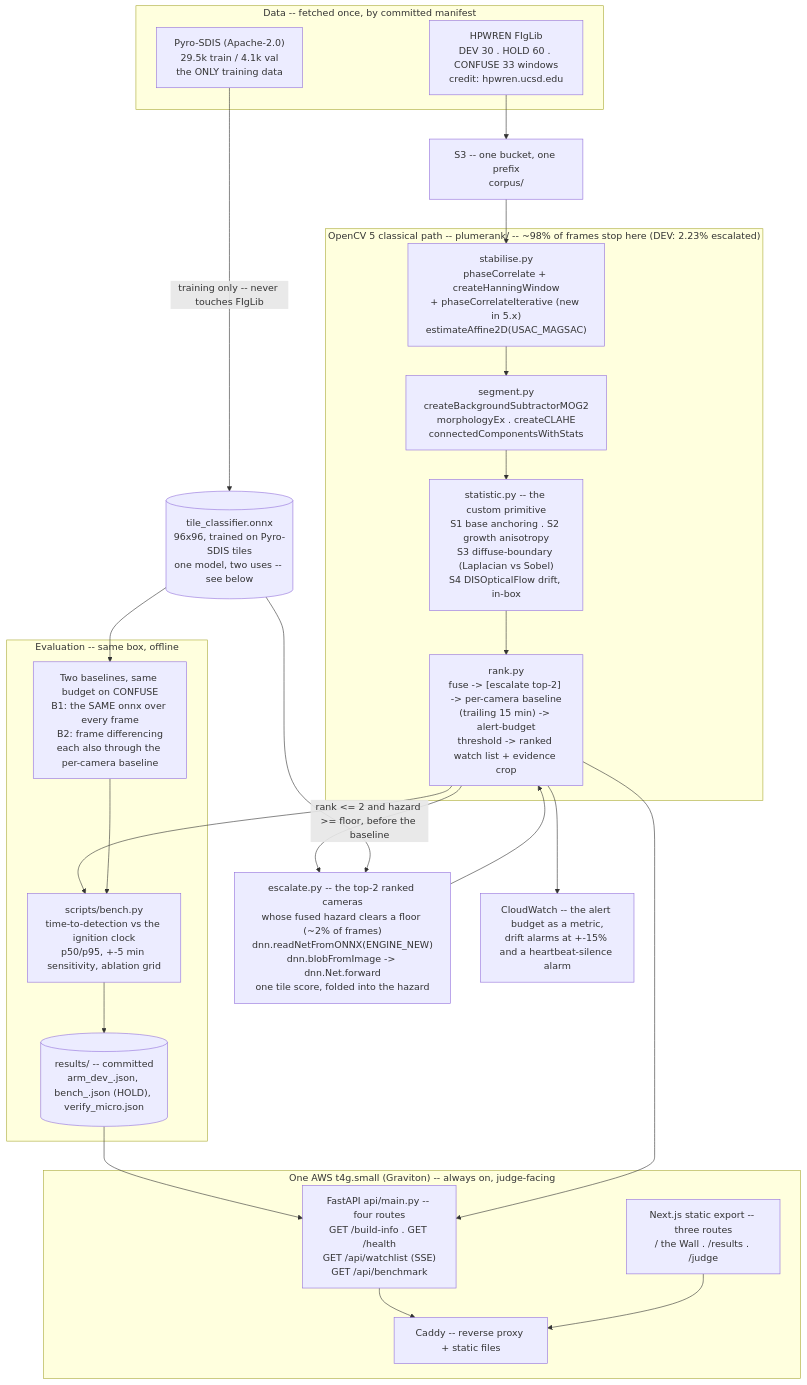
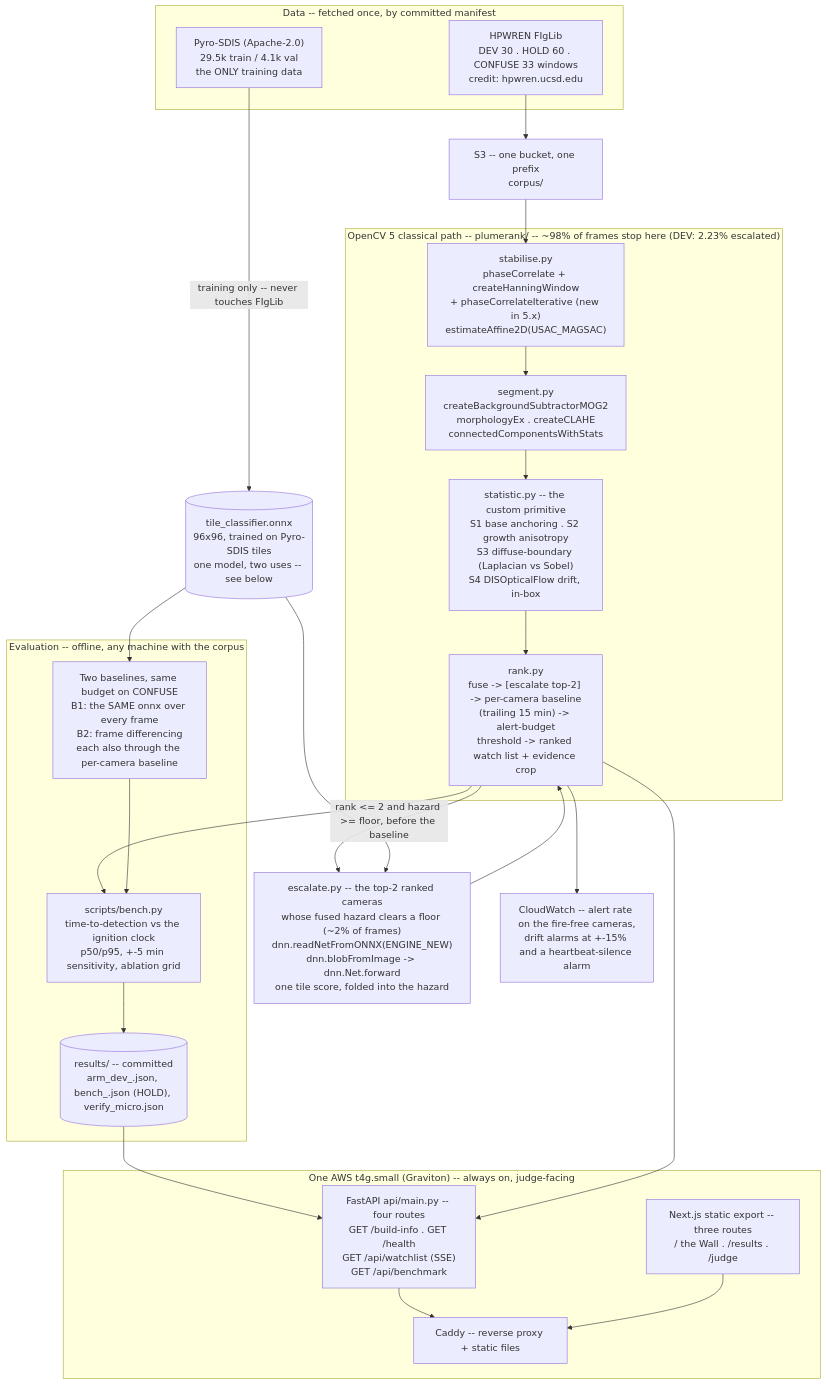
The diagram in ARCHITECTURE.md (attilayener/plumerank), drawn with Mermaid before and after one commit. The commit also changed other lines of this file and 7 other files, not shown here.

First line of the commit message:
docs: audit round 2 -- unit definition, drift metric, architecture order, honest testing

````diff
--- a/ARCHITECTURE.md
+++ b/ARCHITECTURE.md
@@ -6,46 +6,46 @@
 ```mermaid
 flowchart TB
     subgraph SRC["Data -- fetched once, by committed manifest"]
         FIG["HPWREN FIgLib<br/>DEV 30 . HOLD 60 . CONFUSE 33 windows<br/>credit: hpwren.ucsd.edu"]
         PYR["Pyro-SDIS (Apache-2.0)<br/>29.5k train / 4.1k val<br/>the ONLY training data"]
     end
 
     S3B["S3 -- one bucket, one prefix<br/>corpus/"]
 
     subgraph CV["OpenCV 5 classical path -- plumerank/ -- ~98% of frames stop here (DEV: 2.23% escalated)"]
         STAB["stabilise.py<br/>phaseCorrelate + createHanningWindow<br/>+ phaseCorrelateIterative (new in 5.x)<br/>estimateAffine2D(USAC_MAGSAC)"]
         SEG["segment.py<br/>createBackgroundSubtractorMOG2<br/>morphologyEx . createCLAHE<br/>connectedComponentsWithStats"]
         STAT["statistic.py -- the custom primitive<br/>S1 base anchoring . S2 growth anisotropy<br/>S3 diffuse-boundary (Laplacian vs Sobel)<br/>S4 DISOpticalFlow drift, in-box"]
         RANK["rank.py<br/>fuse -> [escalate top-2] -> per-camera baseline<br/>(trailing 15 min) -> alert-budget<br/>threshold -> ranked watch list + evidence crop"]
     end
 
     ESC["escalate.py -- the top-2 ranked cameras<br/>whose fused hazard clears a floor (~2% of frames)<br/>dnn.readNetFromONNX(ENGINE_NEW)<br/>dnn.blobFromImage -> dnn.Net.forward<br/>one tile score, folded into the hazard"]
 
     ONNX[("tile_classifier.onnx<br/>96x96, trained on Pyro-SDIS tiles<br/>one model, two uses -- see below")]
 
-    subgraph EVAL["Evaluation -- same box, offline"]
+    subgraph EVAL["Evaluation -- offline, any machine with the corpus"]
         BENCH["scripts/bench.py<br/>time-to-detection vs the ignition clock<br/>p50/p95, +-5 min sensitivity, ablation grid"]
         BASE["Two baselines, same budget on CONFUSE<br/>B1: the SAME onnx over every frame<br/>B2: frame differencing<br/>each also through the per-camera baseline"]
         RES[("results/ -- committed<br/>arm_dev_<date>.json, bench_<date>.json (HOLD), verify_micro.json")]
     end
 
     subgraph BOX["One AWS t4g.small (Graviton) -- always on, judge-facing"]
         API["FastAPI api/main.py -- four routes<br/>GET /build-info . GET /health<br/>GET /api/watchlist (SSE)<br/>GET /api/benchmark"]
         WEB["Next.js static export -- three routes<br/>/ the Wall . /results . /judge"]
         CADDY["Caddy -- reverse proxy + static files"]
     end
 
-    CW["CloudWatch -- the alert budget as a metric,<br/>drift alarms at +-15% and a heartbeat-silence alarm"]
+    CW["CloudWatch -- alert rate on the fire-free cameras,<br/>drift alarms at +-15% and a heartbeat-silence alarm"]
 
     FIG --> S3B --> STAB --> SEG --> STAT --> RANK
     RANK -->|"rank <= 2 and hazard >= floor, before the baseline"| ESC --> RANK
     ONNX --> ESC
     ONNX --> BASE
     PYR -->|"training only -- never touches FIgLib"| ONNX
     RANK --> BENCH
     BASE --> BENCH --> RES --> API
     RANK --> API
     API --> CADDY
     WEB --> CADDY
     RANK --> CW
 ```
````
